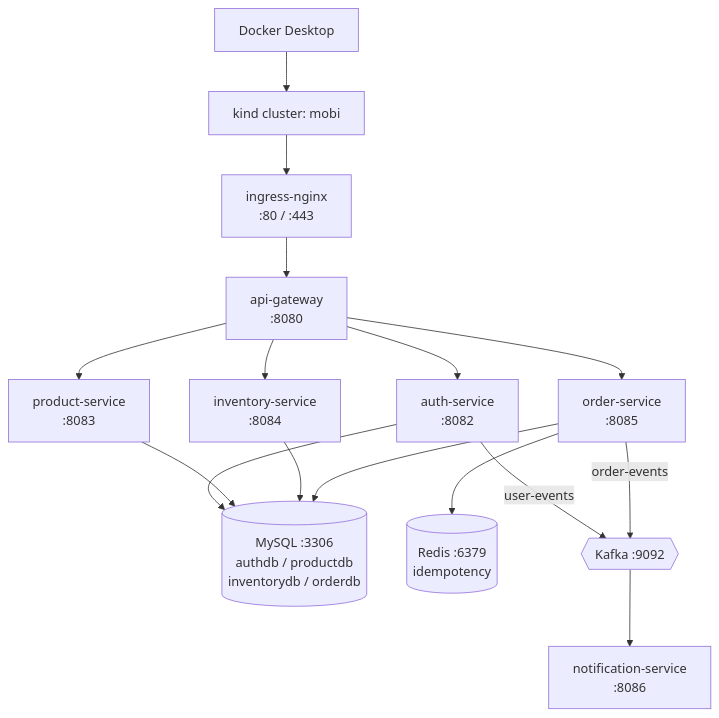
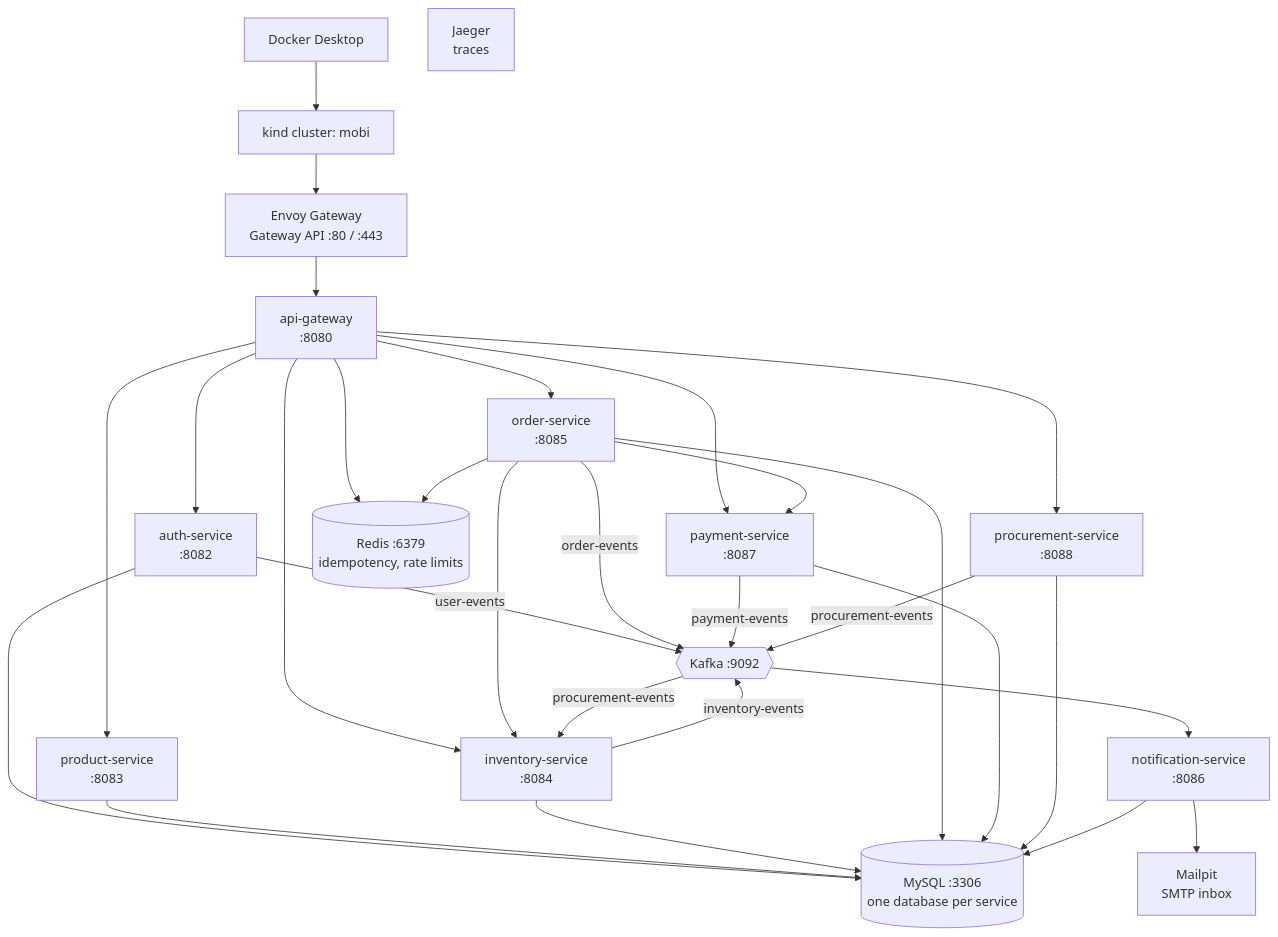
Before and after one commit to bishalw/Mobi: the diagram in BACKEND.md, drawn with Mermaid. The commit also changed other lines of this file and 4 other files, not shown here.

Commit message:
docs: local setup guide, procurement spec and updated architecture notes

````diff
--- a/BACKEND.md
+++ b/BACKEND.md
@@ -9,33 +9,50 @@
 ```mermaid
 graph TD
     Docker["Docker Desktop"]
     Kind["kind cluster: mobi"]
-    Ingress["ingress-nginx<br/>:80 / :443"]
+    Edge["Envoy Gateway<br/>Gateway API :80 / :443"]
     Gateway["api-gateway<br/>:8080"]
     Auth["auth-service<br/>:8082"]
     Product["product-service<br/>:8083"]
     Inventory["inventory-service<br/>:8084"]
     Order["order-service<br/>:8085"]
+    Payment["payment-service<br/>:8087"]
+    Procurement["procurement-service<br/>:8088"]
     Notification["notification-service<br/>:8086"]
-    MySQL[("MySQL :3306<br/>authdb / productdb<br/>inventorydb / orderdb")]
-    Redis[("Redis :6379<br/>idempotency")]
+    MySQL[("MySQL :3306<br/>one database per service")]
+    Redis[("Redis :6379<br/>idempotency, rate limits")]
+    Jaeger["Jaeger<br/>traces"]
+    Mailpit["Mailpit<br/>SMTP inbox"]
     Kafka{{"Kafka :9092"}}
 
     Docker --> Kind
-    Kind --> Ingress
-    Ingress --> Gateway
+    Kind --> Edge
+    Edge --> Gateway
     Gateway --> Auth
     Gateway --> Product
     Gateway --> Inventory
     Gateway --> Order
+    Gateway --> Payment
+    Gateway --> Procurement
+    Gateway --> Redis
+    Order --> Payment
+    Order --> Inventory
 
     Auth --> MySQL
     Product --> MySQL
     Inventory --> MySQL
     Order --> MySQL
     Order --> Redis
 
     Auth -->|user-events| Kafka
     Order -->|order-events| Kafka
+    Payment -->|payment-events| Kafka
+    Procurement -->|procurement-events| Kafka
+    Inventory -->|inventory-events| Kafka
+    Kafka -->|procurement-events| Inventory
     Kafka --> Notification
+    Notification --> Mailpit
+    Payment --> MySQL
+    Procurement --> MySQL
+    Notification --> MySQL
 ```
````
